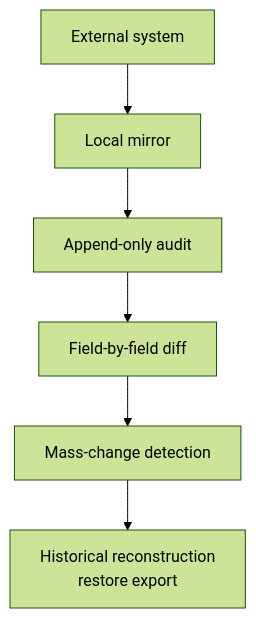
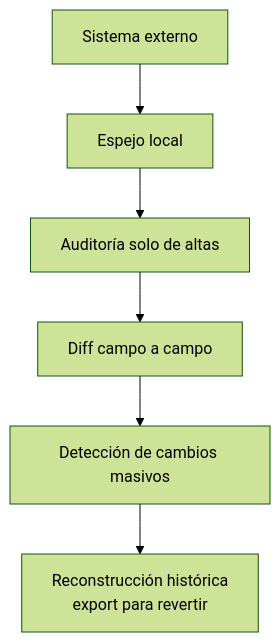
The fifth of 5 diagrams in diagrams/appfibra-platform.md (rabiiie/rsamadi-portfolio), drawn with Mermaid (forest theme) before and after one commit. The commit also changed other lines of this file and 8 other files, not shown here.

````diff
--- a/diagrams/appfibra-platform.md
+++ b/diagrams/appfibra-platform.md
@@ -72,8 +72,8 @@
 ```mermaid
 flowchart TB
-    External["External system"] --> Mirror["Local mirror"]
-    Mirror --> Audit["Append-only audit"]
-    Audit --> Diff["Field-by-field diff"]
-    Diff --> Alerts["Mass-change detection"]
-    Alerts --> Restore["Historical reconstruction<br/>restore export"]
+    External["Sistema externo"] --> Mirror["Espejo local"]
+    Mirror --> Audit["Auditoría solo de altas"]
+    Audit --> Diff["Diff campo a campo"]
+    Diff --> Alerts["Detección de cambios masivos"]
+    Alerts --> Restore["Reconstrucción histórica<br/>export para revertir"]
 ```
````
